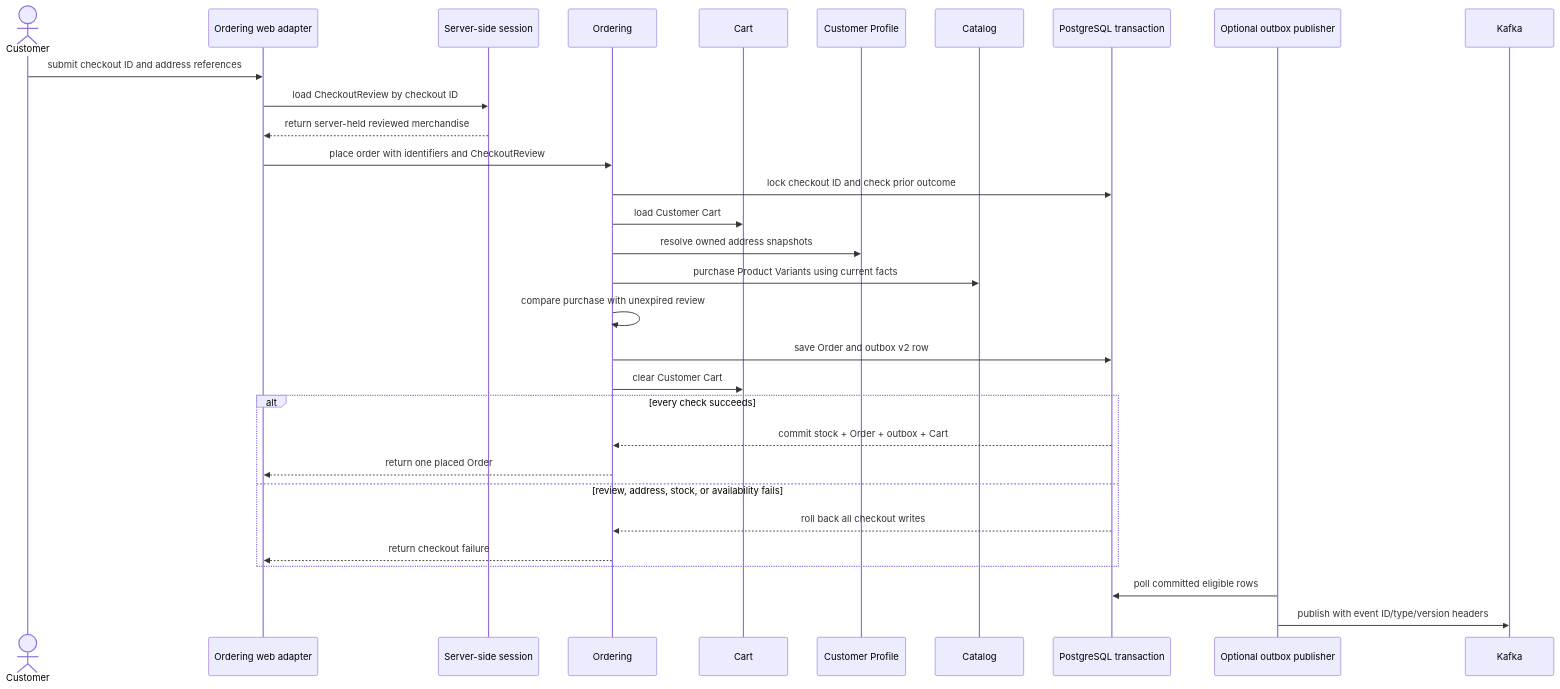
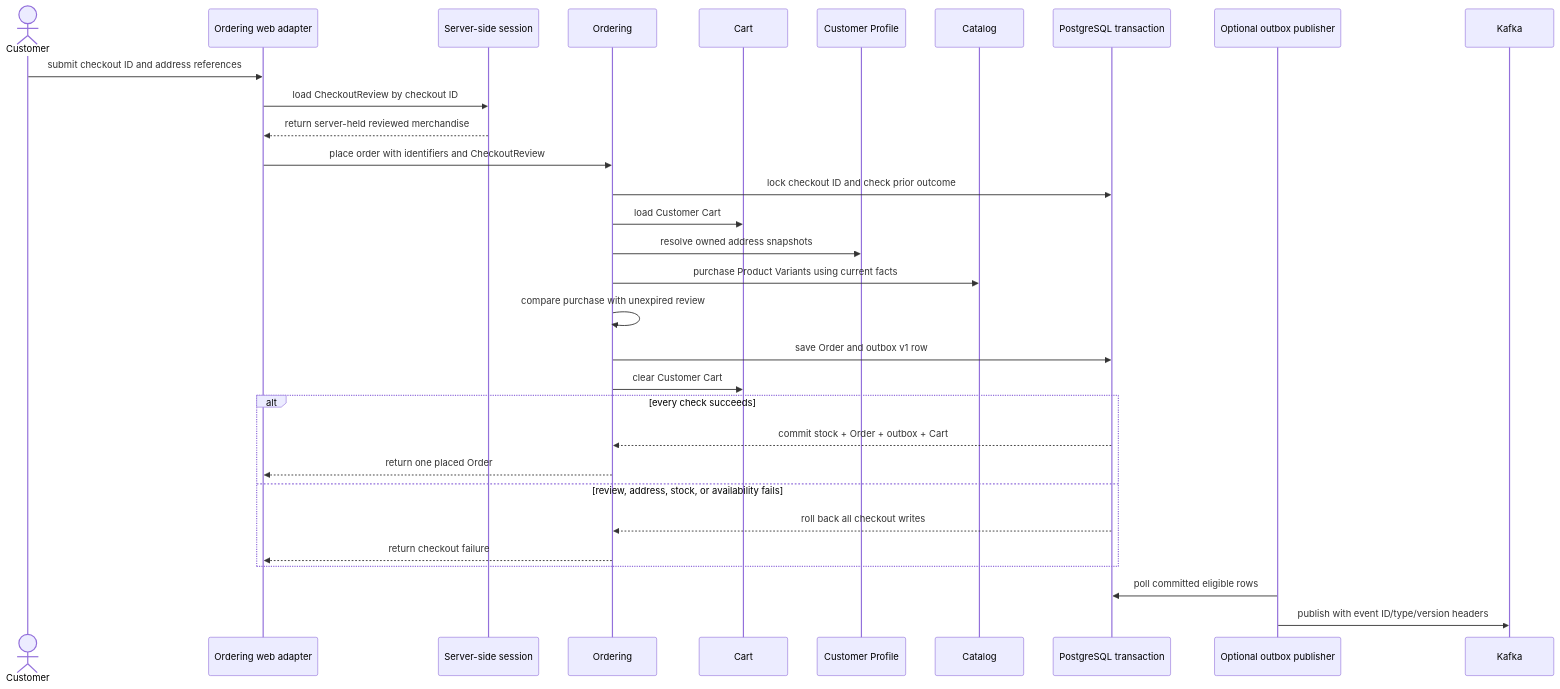
One commit to PuetzD/SpringBootEcommerceExample changed the diagram in README.md. Above: the diagram before and after it, drawn with Mermaid. The commit also changed other lines of this file and 33 other files, not shown here.

````diff
--- a/README.md
+++ b/README.md
@@ -34,34 +34,34 @@
 ```mermaid
 sequenceDiagram
     actor Customer
     participant Web as Ordering web adapter
     participant Session as Server-side session
     participant Ordering
     participant Cart
     participant Profile as Customer Profile
     participant Catalog
     participant DB as PostgreSQL transaction
     participant Publisher as Optional outbox publisher
     participant Kafka
 
     Customer->>Web: submit checkout ID and address references
     Web->>Session: load CheckoutReview by checkout ID
     Session-->>Web: return server-held reviewed merchandise
     Web->>Ordering: place order with identifiers and CheckoutReview
     Ordering->>DB: lock checkout ID and check prior outcome
     Ordering->>Cart: load Customer Cart
     Ordering->>Profile: resolve owned address snapshots
     Ordering->>Catalog: purchase Product Variants using current facts
     Ordering->>Ordering: compare purchase with unexpired review
-    Ordering->>DB: save Order and outbox v2 row
+    Ordering->>DB: save Order and outbox v1 row
     Ordering->>Cart: clear Customer Cart
     alt every check succeeds
         DB-->>Ordering: commit stock + Order + outbox + Cart
         Ordering-->>Web: return one placed Order
     else review, address, stock, or availability fails
         DB-->>Ordering: roll back all checkout writes
         Ordering-->>Web: return checkout failure
     end
     Publisher->>DB: poll committed eligible rows
     Publisher->>Kafka: publish with event ID/type/version headers
 ```
````
